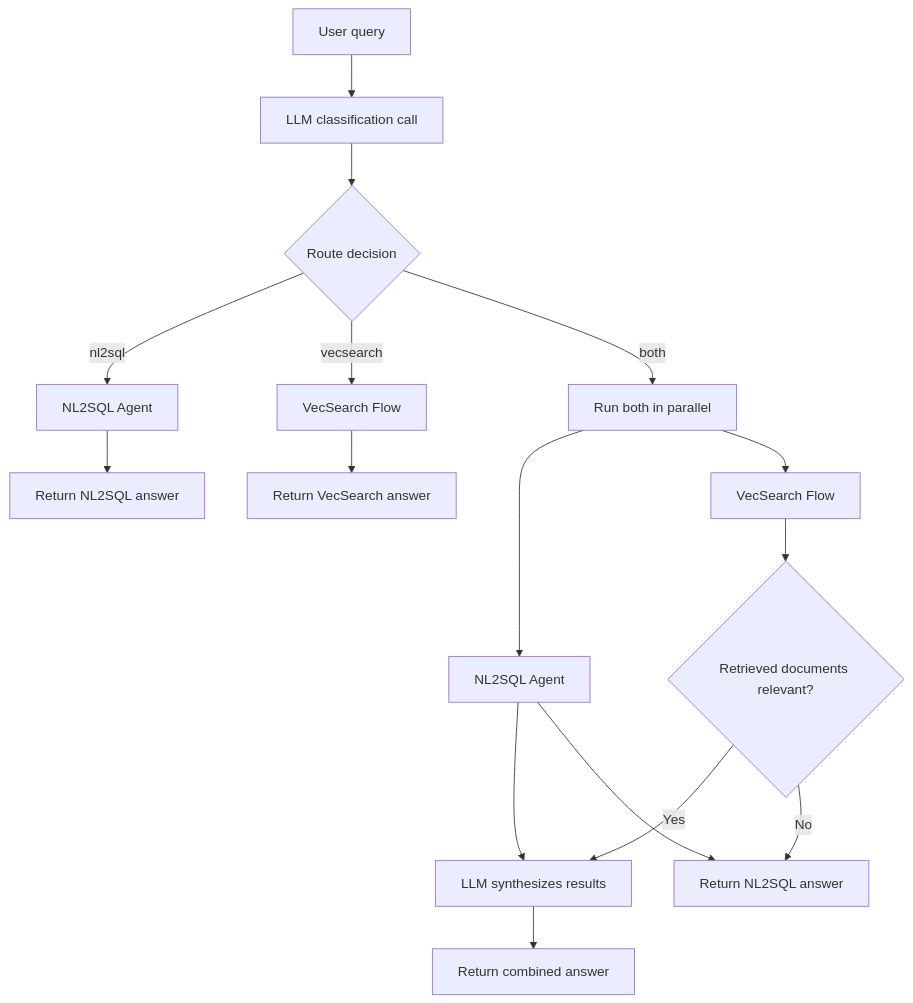
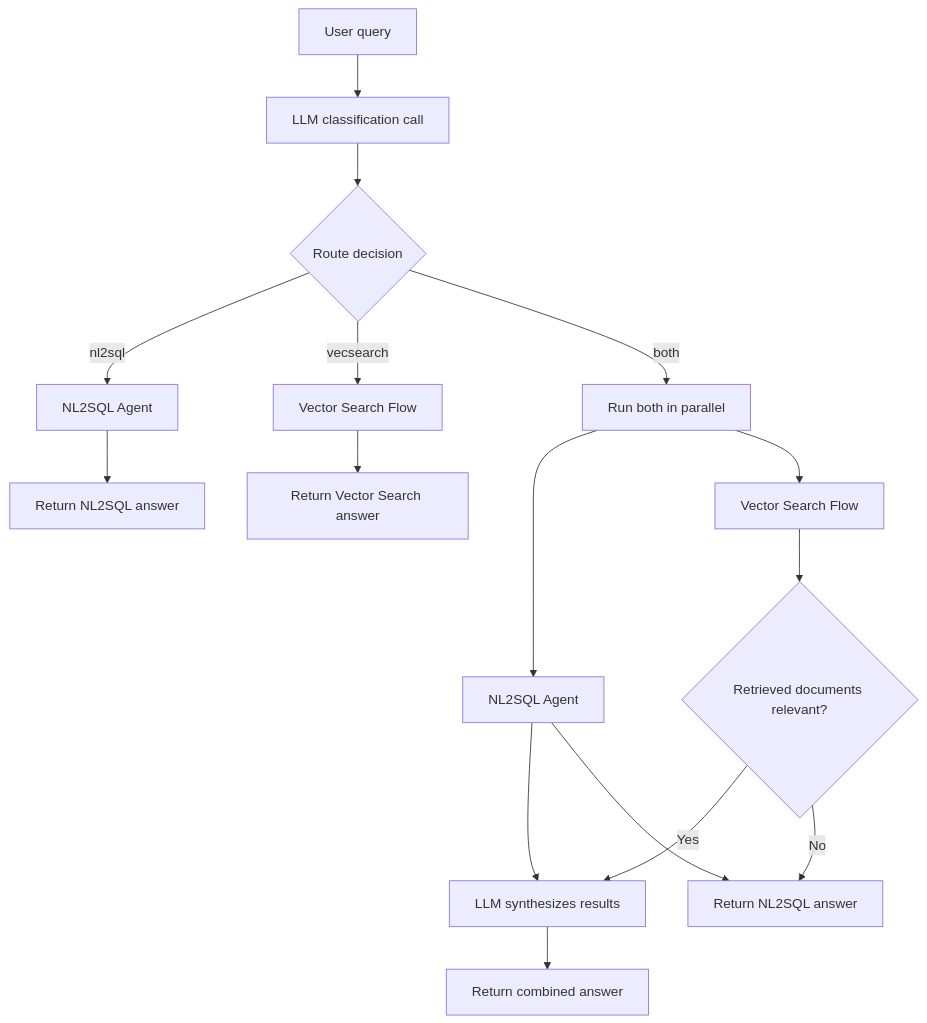
The diagram in docs/content/advanced-guides/agents/combined.mdx (oracle/ai-optimizer), drawn with Mermaid before and after one commit. The commit also changed other lines of this file and 29 other files, not shown here.

````diff
--- a/docs/content/advanced-guides/agents/combined.mdx
+++ b/docs/content/advanced-guides/agents/combined.mdx
@@ -8,18 +8,18 @@
 ```mermaid
 flowchart TD
     query["User query"] --> classify["LLM classification call"]
     classify --> route{"Route decision"}
     route -->|nl2sql| nl2sql["NL2SQL Agent"]
-    route -->|vecsearch| vecsearch["VecSearch Flow"]
+    route -->|vecsearch| vecsearch["Vector Search Flow"]
     route -->|both| parallel["Run both in parallel"]
     nl2sql --> answer_sql["Return NL2SQL answer"]
-    vecsearch --> answer_vs["Return VecSearch answer"]
+    vecsearch --> answer_vs["Return Vector Search answer"]
     parallel --> nl2sql_p["NL2SQL Agent"]
-    parallel --> vecsearch_p["VecSearch Flow"]
+    parallel --> vecsearch_p["Vector Search Flow"]
     vecsearch_p --> relevant{"Retrieved documents relevant?"}
     nl2sql_p --> synth["LLM synthesizes results"]
     relevant -->|Yes| synth
     relevant -->|No| answer_sql_p["Return NL2SQL answer"]
     nl2sql_p --> answer_sql_p
     synth --> answer_both["Return combined answer"]
 ```
````
